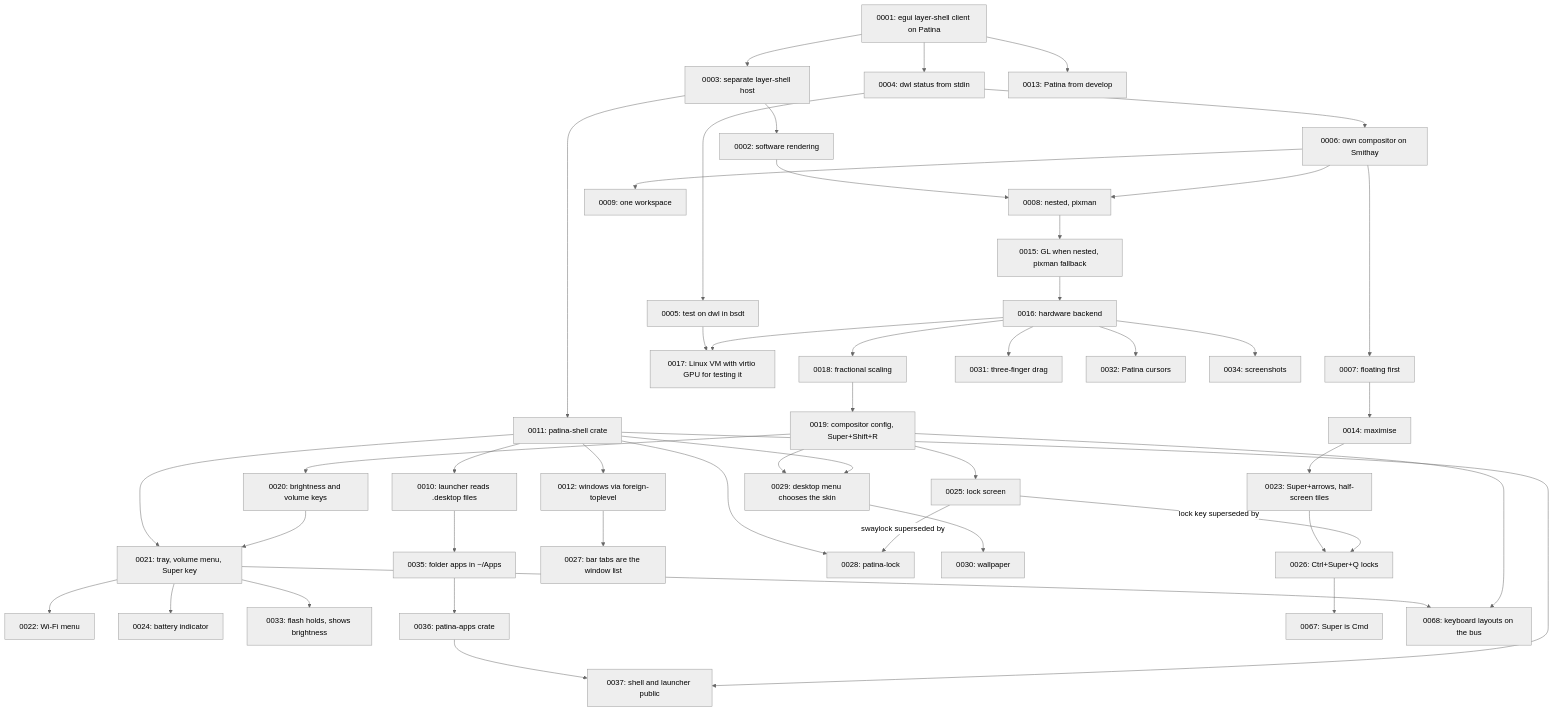
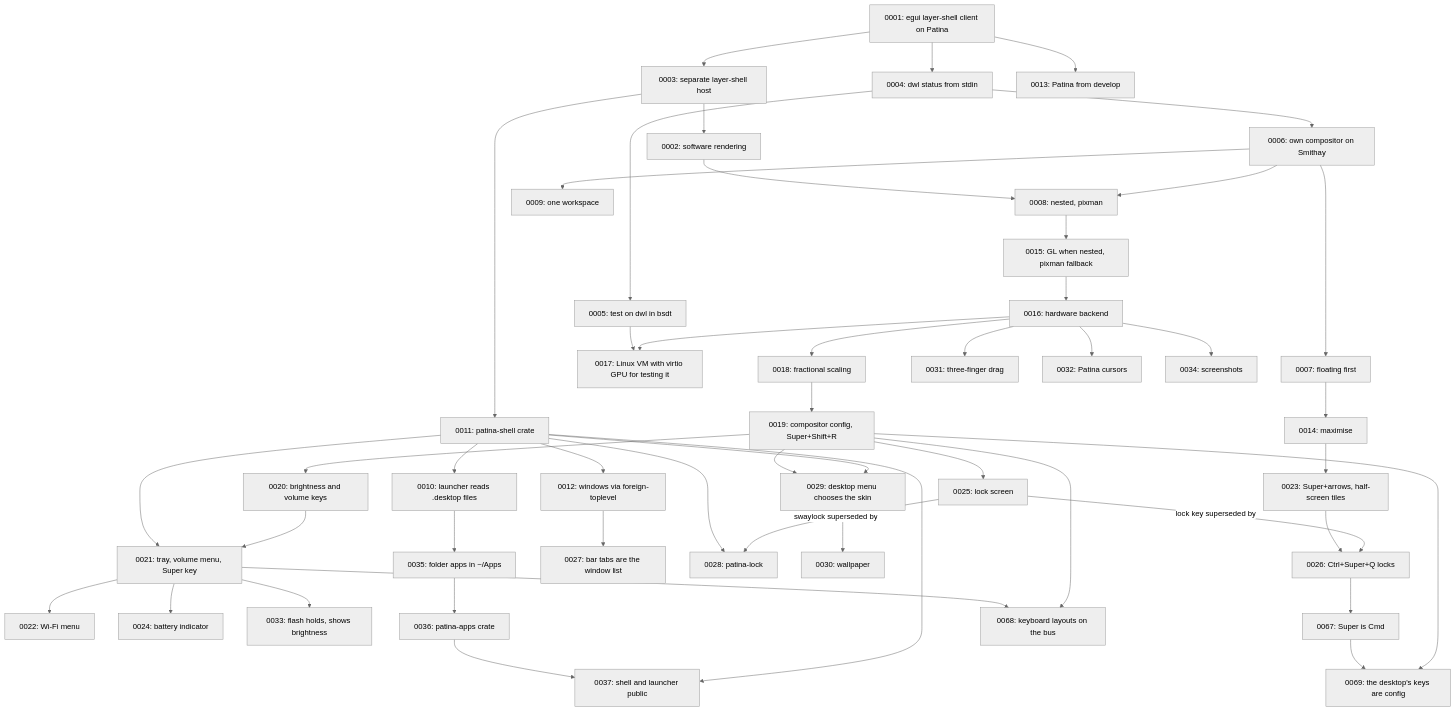
One commit to Sector-F-Labs/patina-desktop changed the diagram in docs/adr/README.md. Above: the diagram before and after it, drawn with Mermaid (neutral theme). The commit also changed other lines of this file and 11 other files, not shown here.

First line of the commit message:
The desktop's own keys are config, by action, applied without a restart (ADR-0069)

````diff
--- a/docs/adr/README.md
+++ b/docs/adr/README.md
@@ -116,49 +117,51 @@
 ```mermaid
 flowchart TD
     A[0001: egui layer-shell client on Patina] --> B[0003: separate layer-shell host]
     B --> C[0002: software rendering]
     A --> D[0004: dwl status from stdin]
     D --> E[0005: test on dwl in bsdt]
     D --> F[0006: own compositor on Smithay]
     F --> G[0007: floating first]
     G --> N[0014: maximise]
     N --> W[0023: Super+arrows, half-screen tiles]
     F --> H[0008: nested, pixman]
     H --> O[0015: GL when nested, pixman fallback]
     O --> P[0016: hardware backend]
     P --> Q[0017: Linux VM with virtio GPU for testing it]
     P --> R[0018: fractional scaling]
     R --> S[0019: compositor config, Super+Shift+R]
     S --> T[0020: brightness and volume keys]
     S --> Y[0025: lock screen]
     Y -->|lock key superseded by| Z[0026: Ctrl+Super+Q locks]
     W --> Z
     T --> U[0021: tray, volume menu, Super key]
     U --> V[0022: Wi-Fi menu]
     U --> X[0024: battery indicator]
     K --> U
     E --> Q
     C --> H
     F --> I[0009: one workspace]
     B --> K[0011: patina-shell crate]
     K --> J[0010: launcher reads .desktop files]
     K --> L[0012: windows via foreign-toplevel]
     L --> AA[0027: bar tabs are the window list]
     Y -->|swaylock superseded by| AB[0028: patina-lock]
     K --> AB
     K --> AC[0029: desktop menu chooses the skin]
     S --> AC
     AC --> AD[0030: wallpaper]
     P --> AE[0031: three-finger drag]
     P --> AF[0032: Patina cursors]
     U --> AG[0033: flash holds, shows brightness]
     P --> AH[0034: screenshots]
     J --> AI[0035: folder apps in ~/Apps]
     AI --> AJ[0036: patina-apps crate]
     K --> AK[0037: shell and launcher public]
     AJ --> AK
     A --> M[0013: Patina from develop]
     Z --> CMD[0067: Super is Cmd]
     S --> KB[0068: keyboard layouts on the bus]
     U --> KB
+    S --> KEYS[0069: the desktop's keys are config]
+    CMD --> KEYS
 ```
````
